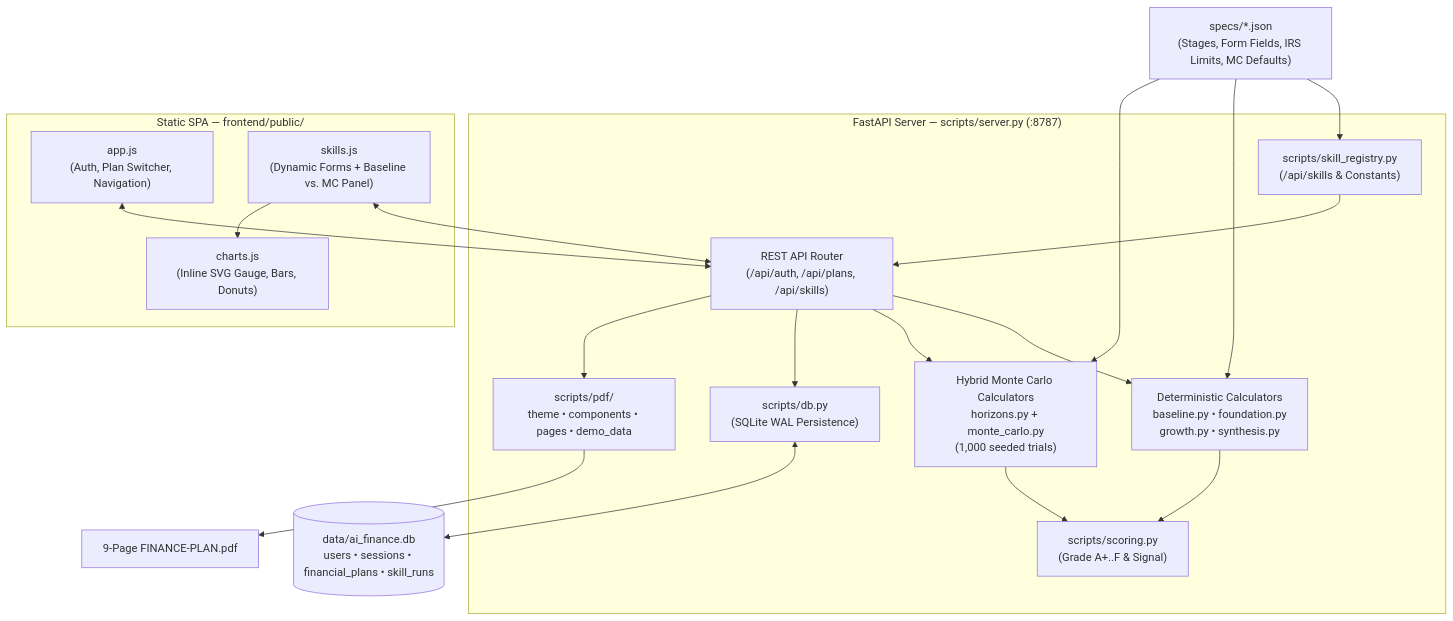
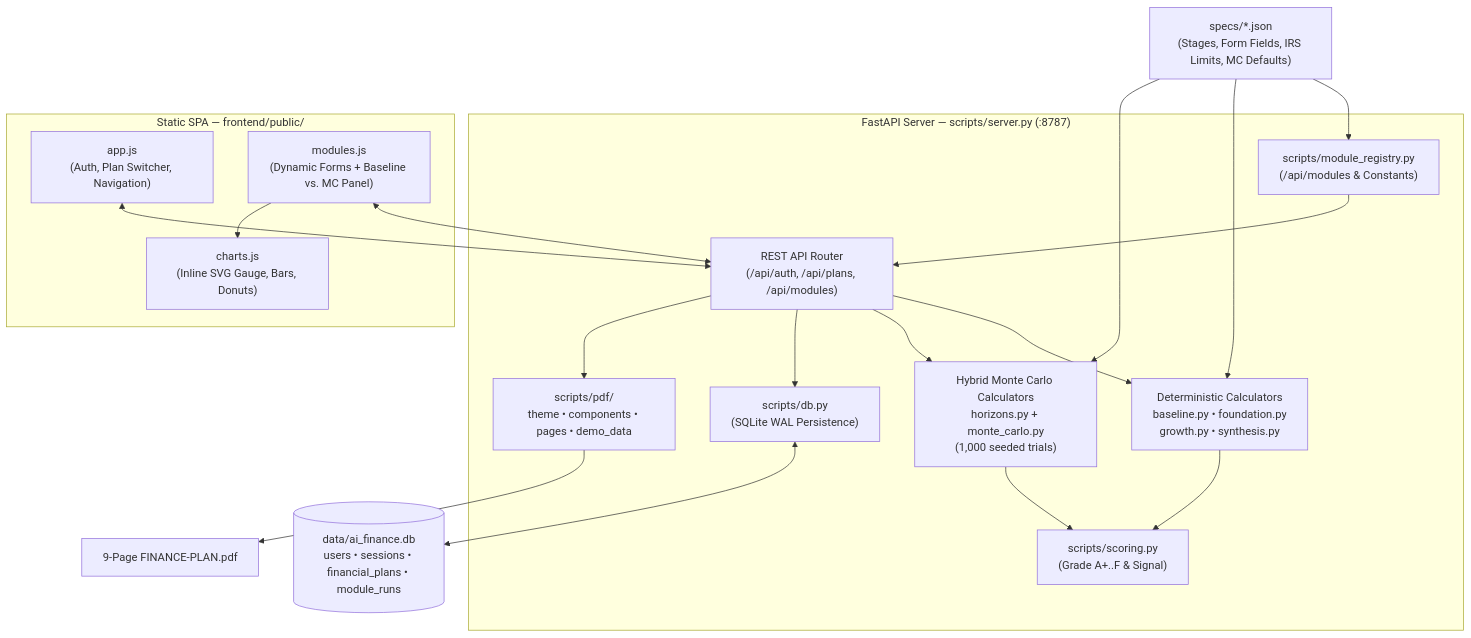
One commit to pmishra02138/ai-finance changed the second of 4 diagrams in docs/WORKFLOW.md. Above: the diagram before and after it, drawn with Mermaid. The commit also changed other lines of this file and 19 other files, not shown here.

Commit message:
Rename skill terminology to module across backend, UI, DB, docs, and add static no-cache headers

````diff
--- a/docs/WORKFLOW.md
+++ b/docs/WORKFLOW.md
@@ -37,41 +37,41 @@
 ```mermaid
 flowchart TD
     Specs["specs/*.json\n(Stages, Form Fields, IRS Limits, MC Defaults)"]
 
     subgraph Backend ["FastAPI Server — scripts/server.py (:8787)"]
-        Registry["scripts/skill_registry.py\n(/api/skills & Constants)"]
-        Router["REST API Router\n(/api/auth, /api/plans, /api/skills)"]
+        Registry["scripts/module_registry.py\n(/api/modules & Constants)"]
+        Router["REST API Router\n(/api/auth, /api/plans, /api/modules)"]
         DetCalc["Deterministic Calculators\nbaseline.py • foundation.py\ngrowth.py • synthesis.py"]
         MCCalc["Hybrid Monte Carlo Calculators\nhorizons.py + monte_carlo.py\n(1,000 seeded trials)"]
         Scoring["scripts/scoring.py\n(Grade A+..F & Signal)"]
         PDFPkg["scripts/pdf/\ntheme • components • pages • demo_data"]
         DB["scripts/db.py\n(SQLite WAL Persistence)"]
     end
 
     subgraph Frontend ["Static SPA — frontend/public/"]
         AppJS["app.js\n(Auth, Plan Switcher, Navigation)"]
-        SkillsJS["skills.js\n(Dynamic Forms + Baseline vs. MC Panel)"]
+        ModulesJS["modules.js\n(Dynamic Forms + Baseline vs. MC Panel)"]
         ChartsJS["charts.js\n(Inline SVG Gauge, Bars, Donuts)"]
     end
 
-    SQLite[("data/ai_finance.db\nusers • sessions • financial_plans • skill_runs")]
+    SQLite[("data/ai_finance.db\nusers • sessions • financial_plans • module_runs")]
     PDFOut["9-Page FINANCE-PLAN.pdf"]
 
     Specs --> Registry
     Specs --> DetCalc
     Specs --> MCCalc
 
     Registry --> Router
     AppJS <--> Router
-    SkillsJS <--> Router
-    SkillsJS --> ChartsJS
+    ModulesJS <--> Router
+    ModulesJS --> ChartsJS
 
     Router --> DetCalc
     Router --> MCCalc
     DetCalc --> Scoring
     MCCalc --> Scoring
     Router --> DB
     DB <--> SQLite
     Router --> PDFPkg
     PDFPkg --> PDFOut
 ```
````
